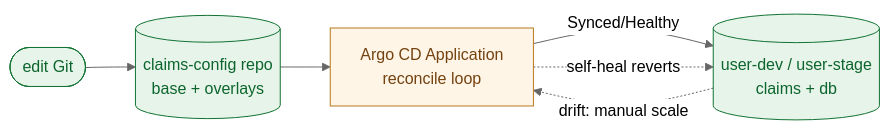
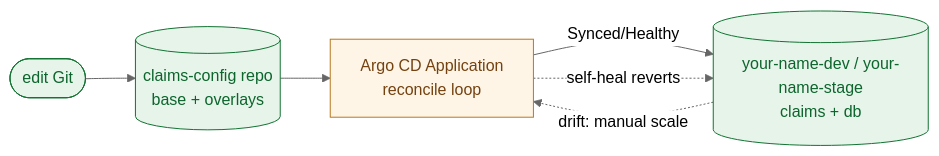
One commit to serhat-dirik/OCP-Getting-Started-Revamped changed the diagram in content/modules/ROOT/examples/diagrams/gitops-fundamentals/03-what-you-built.mmd. Above: the diagram before and after it, drawn with Mermaid (neutral theme). The commit also changed 11 other files, not shown here.

First line of the commit message:
fix(content): convert the last diagrams to the house line-break and placeholder style

```diff
--- a/content/modules/ROOT/examples/diagrams/gitops-fundamentals/03-what-you-built.mmd
+++ b/content/modules/ROOT/examples/diagrams/gitops-fundamentals/03-what-you-built.mmd
@@ -1,10 +1,10 @@
 flowchart LR
   DEV([edit Git]) --> GIT[(claims-config repo<br/>base + overlays)]
   GIT --> ARGO[Argo CD Application<br/>reconcile loop]
-  ARGO -->|Synced/Healthy| NS[(user-dev / user-stage<br/>claims + db)]
+  ARGO -->|Synced/Healthy| NS[(your-name-dev / your-name-stage<br/>claims + db)]
   NS -. drift: manual scale .-> ARGO
   ARGO -. self-heal reverts .-> NS
   classDef g fill:#e6f4ea,stroke:#137333,color:#0d652d;
   classDef a fill:#fef5e7,stroke:#b7791f,color:#744210;
   class GIT,NS,DEV g;
   class ARGO a;
```
